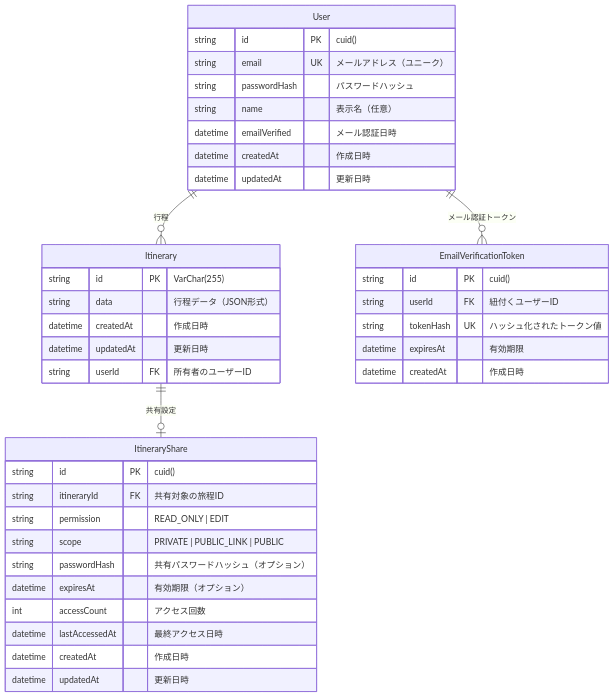
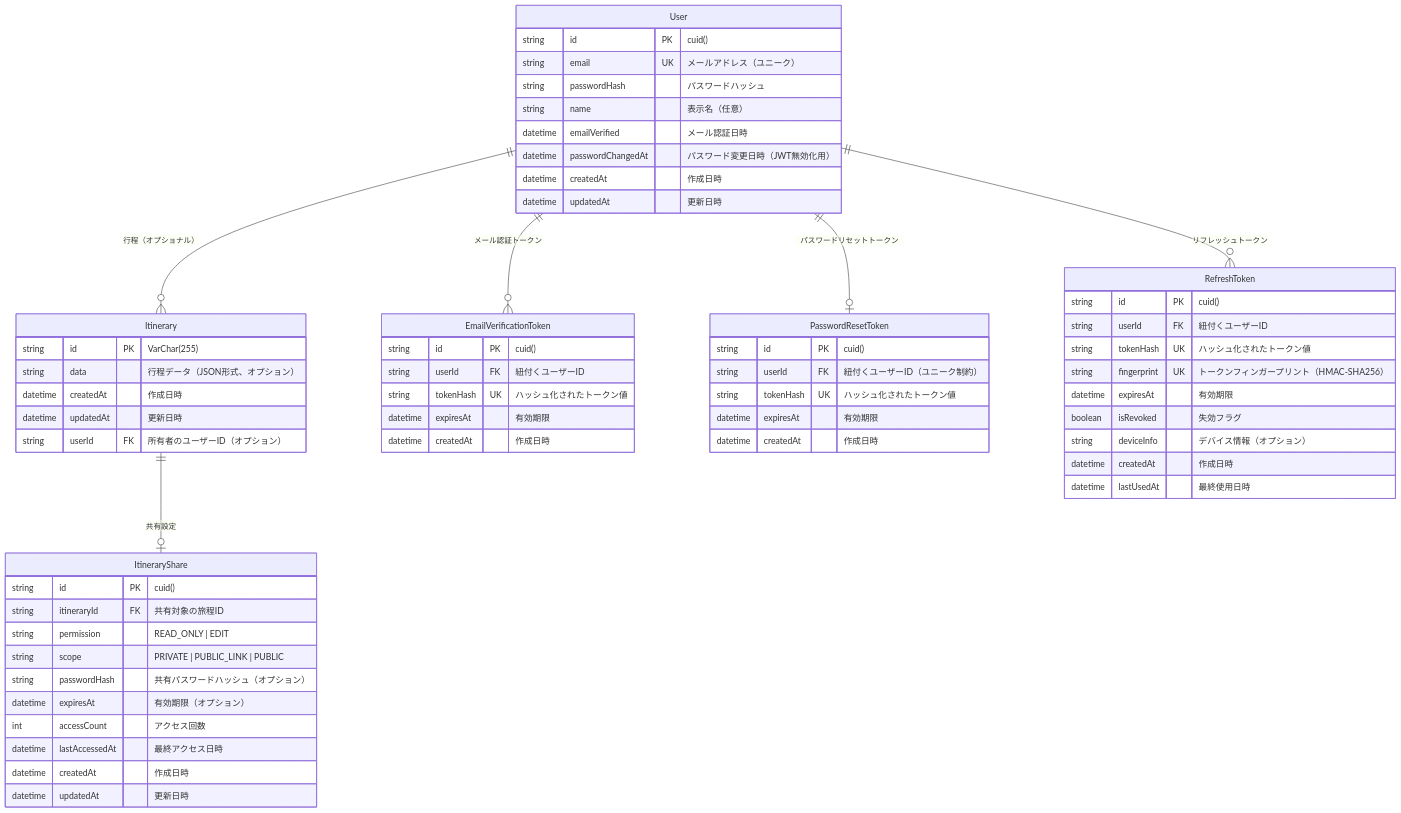
The diagram in docs/database-schema.md (beita-1024/trip-shiori), drawn with Mermaid before and after one commit. The commit also changed other lines of this file and 10 other files, not shown here.

````diff
--- a/docs/database-schema.md
+++ b/docs/database-schema.md
@@ -5,45 +5,68 @@
 ```mermaid
 erDiagram
     User {
         string id PK "cuid()"
         string email UK "メールアドレス（ユニーク）"
         string passwordHash "パスワードハッシュ"
         string name "表示名（任意）"
         datetime emailVerified "メール認証日時"
+        datetime passwordChangedAt "パスワード変更日時（JWT無効化用）"
         datetime createdAt "作成日時"
         datetime updatedAt "更新日時"
     }
 
     Itinerary {
         string id PK "VarChar(255)"
-        string data "行程データ（JSON形式）"
+        string data "行程データ（JSON形式、オプション）"
         datetime createdAt "作成日時"
         datetime updatedAt "更新日時"
-        string userId FK "所有者のユーザーID"
+        string userId FK "所有者のユーザーID（オプション）"
     }
 
     ItineraryShare {
         string id PK "cuid()"
         string itineraryId FK "共有対象の旅程ID"
         string permission "READ_ONLY | EDIT"
         string scope "PRIVATE | PUBLIC_LINK | PUBLIC"
         string passwordHash "共有パスワードハッシュ（オプション）"
         datetime expiresAt "有効期限（オプション）"
         int accessCount "アクセス回数"
         datetime lastAccessedAt "最終アクセス日時"
         datetime createdAt "作成日時"
         datetime updatedAt "更新日時"
     }
 
     EmailVerificationToken {
         string id PK "cuid()"
         string userId FK "紐付くユーザーID"
         string tokenHash UK "ハッシュ化されたトークン値"
         datetime expiresAt "有効期限"
         datetime createdAt "作成日時"
     }
 
-    User ||--o{ Itinerary : "行程"
+    PasswordResetToken {
+        string id PK "cuid()"
+        string userId FK "紐付くユーザーID（ユニーク制約）"
+        string tokenHash UK "ハッシュ化されたトークン値"
+        datetime expiresAt "有効期限"
+        datetime createdAt "作成日時"
+    }
+
+    RefreshToken {
+        string id PK "cuid()"
+        string userId FK "紐付くユーザーID"
+        string tokenHash UK "ハッシュ化されたトークン値"
+        string fingerprint UK "トークンフィンガープリント（HMAC-SHA256）"
+        datetime expiresAt "有効期限"
+        boolean isRevoked "失効フラグ"
+        string deviceInfo "デバイス情報（オプション）"
+        datetime createdAt "作成日時"
+        datetime lastUsedAt "最終使用日時"
+    }
+
+    User ||--o{ Itinerary : "行程（オプショナル）"
     User ||--o{ EmailVerificationToken : "メール認証トークン"
+    User ||--o| PasswordResetToken : "パスワードリセットトークン"
+    User ||--o{ RefreshToken : "リフレッシュトークン"
     Itinerary ||--o| ItineraryShare : "共有設定"
 ```
````
